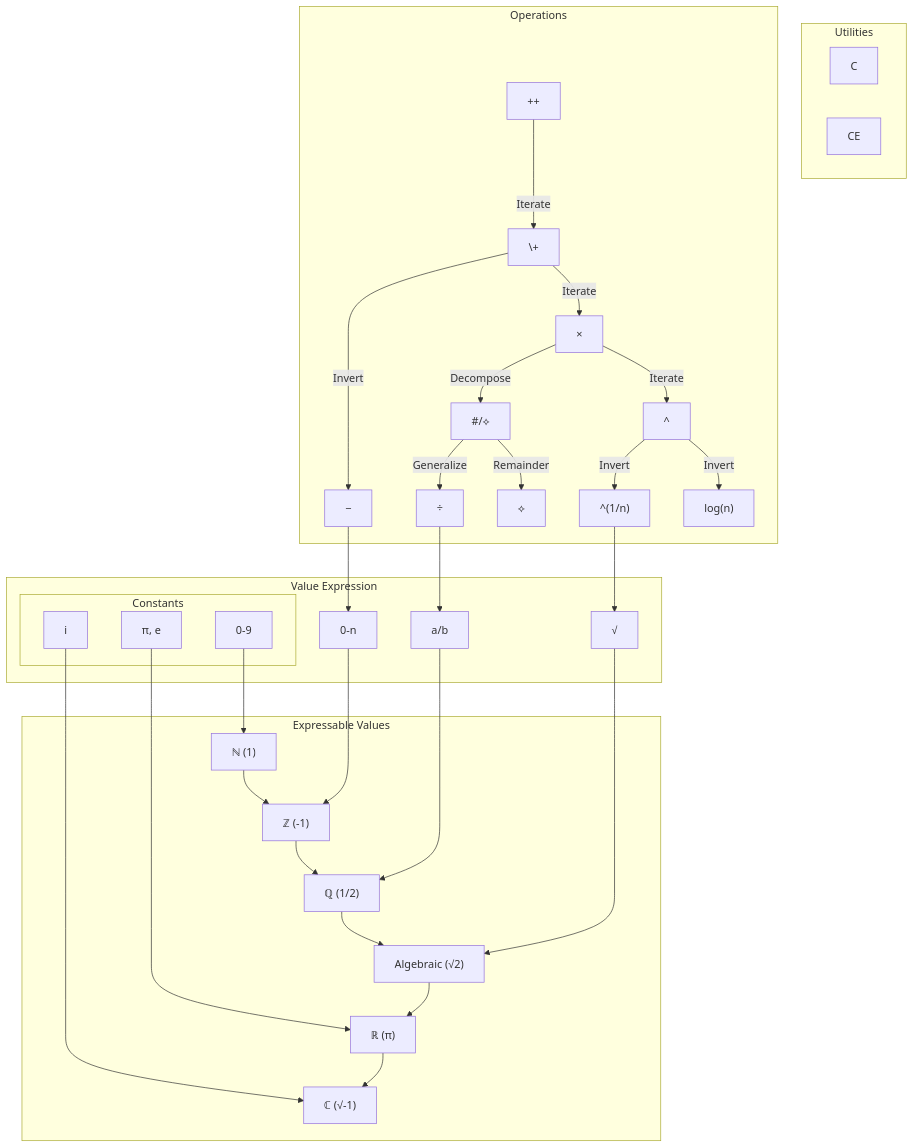
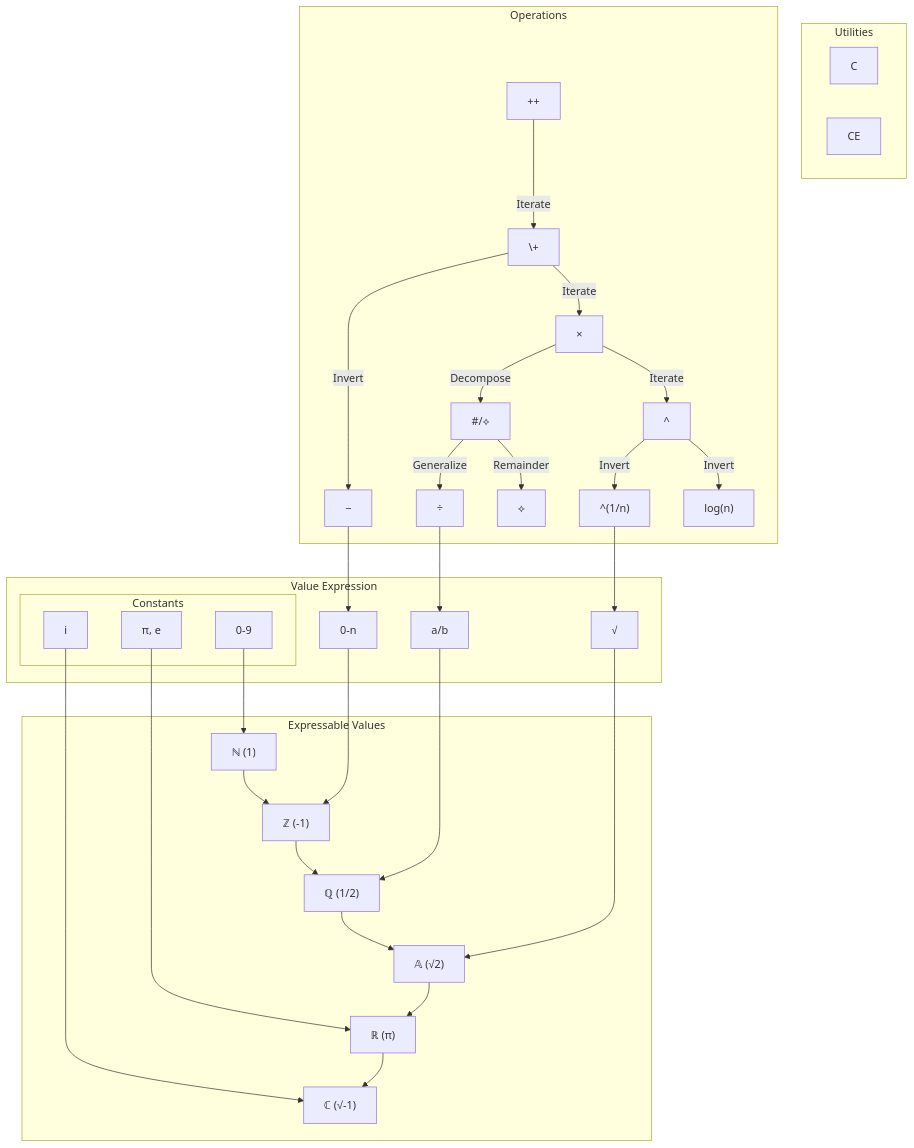
One commit to Gammapod/AutoCalc changed the diagram in design_refs/dependency_map.mmd. Above: the diagram before and after it, drawn with Mermaid. The commit also changed 7 other files, not shown here.

Commit message:
Removed mmd graph

```diff
--- a/design_refs/dependency_map.mmd
+++ b/design_refs/dependency_map.mmd
@@ -1,68 +1,68 @@
 flowchart TD
 
 subgraph Inputs ["Value Expression"]
     Ineg["0-n"]
     Ifrac["a/b"]
     Iroot["√"]
     subgraph Constants ["Constants"]
         Iim["i"]
         Ireal["π, e"]
         Idigits["0-9"]
     end
 end
     
 subgraph Utilities ["Utilities"]
     Uc["C"]
     Uce["CE"]
 end
 
 subgraph Operations ["Operations"]
     Oinc["++"]
     Oplus["\+"]
     Ominus["−"]
     Omul["×"]
     Odiv["÷"]
     Opow["^"]
     Oeudiv["#/⟡"]
     Omod["⟡"]
     Olog["log(n)"]
     Oroot["^(1/n)"]
 
     Oinc -->|Iterate| Oplus
 
     Oplus -->|Invert| Ominus
     Oplus -->|Iterate| Omul
 
     Omul -->|Decompose| Oeudiv
     Omul -->|Iterate| Opow
     
     Oeudiv -->|Generalize| Odiv
     Oeudiv -->|Remainder| Omod
 
     Opow -->|Invert| Oroot
     Opow -->|Invert| Olog
 end
 
 subgraph Expressable ["Expressable Values"]
     NN["ℕ (1)"]
     NZ["ℤ (-1)"]
     NQ["ℚ (1/2)"]
-    NA["Algebraic (√2)"]
+    NA["𝔸 (√2)"]
     NR["ℝ (π)"]
     NC["ℂ (√-1)"]
 
     NN --> NZ --> NQ --> NA --> NR --> NC
 end
 
     
 Idigits --> NN
 
 Ineg --> NZ
 Ominus --> Ineg
 Odiv --> Ifrac
 Oroot --> Iroot
 
 Ifrac --> NQ
 Iroot --> NA
 Ireal --> NR
 Iim --> NC
```
